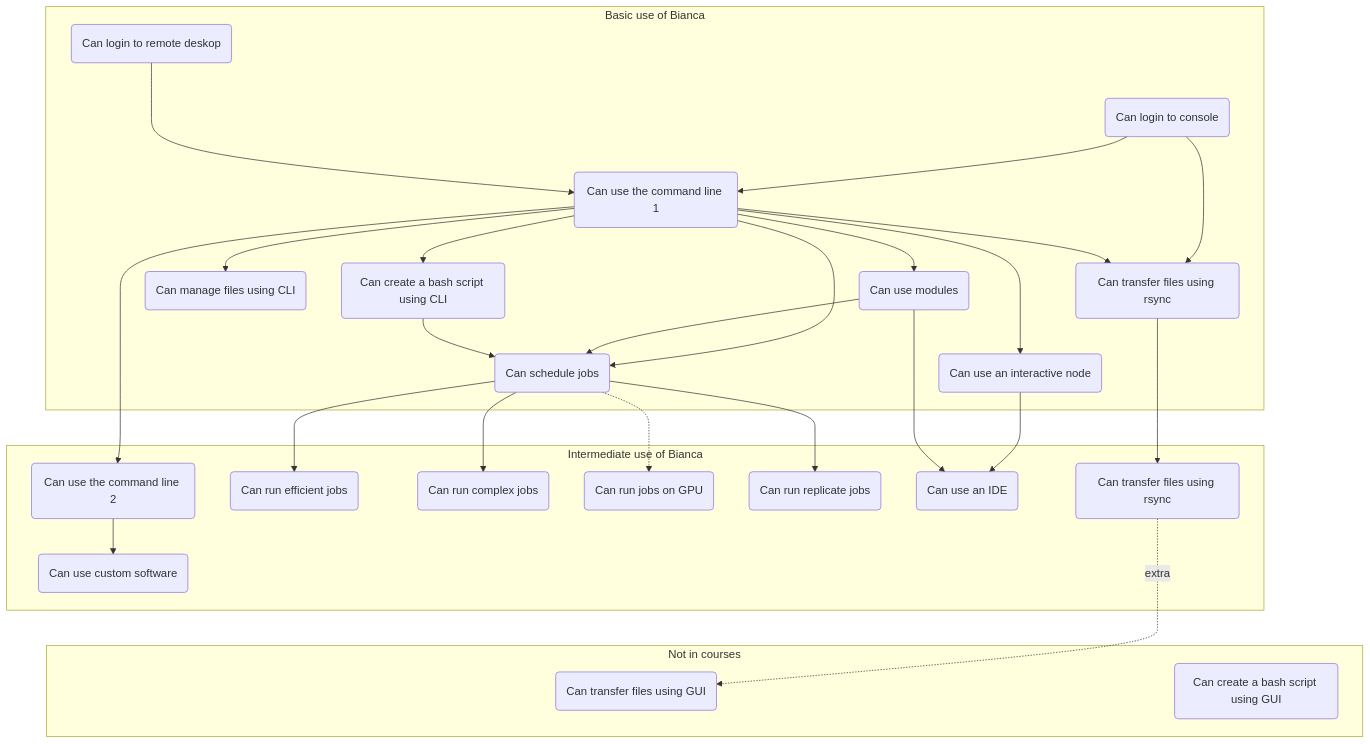
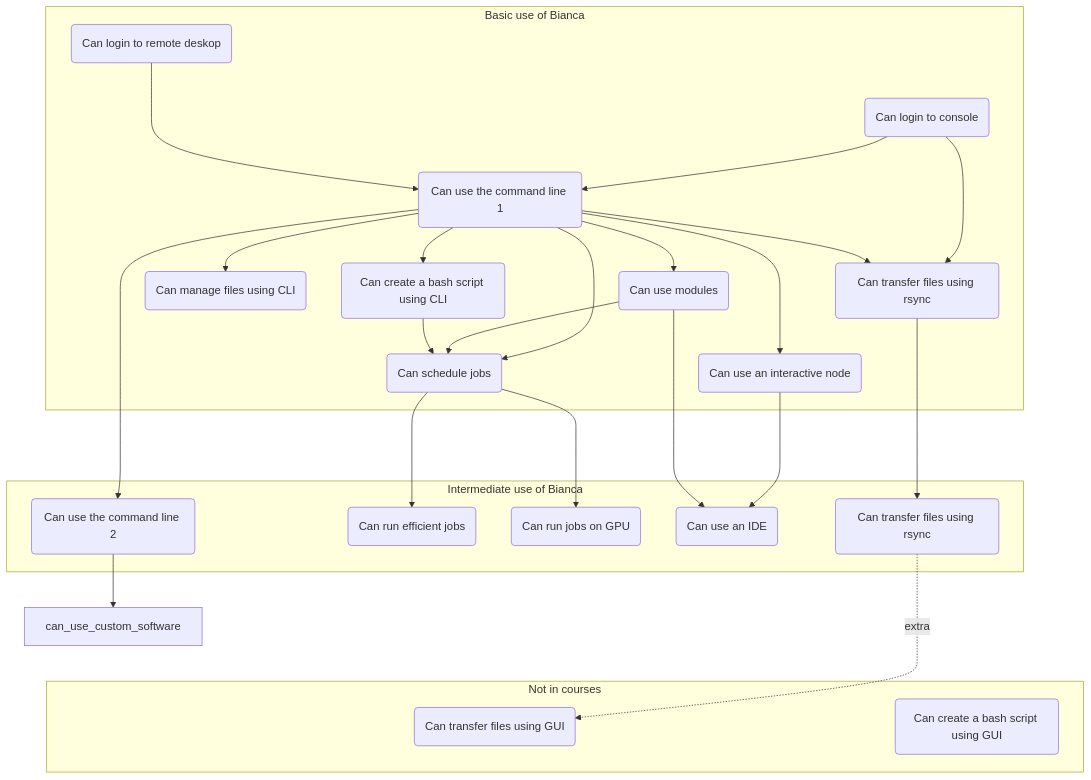
Before and after one commit to UPPMAX/bianca_workshops: the diagram in docs/intermediate/intro.md, drawn with Mermaid.

Commit message:
Update overview

````diff
--- a/docs/intermediate/intro.md
+++ b/docs/intermediate/intro.md
@@ -68,73 +68,68 @@
 ```mermaid
 flowchart TD
 
     subgraph sub_basic_use["Basic use of Bianca"]
       can_login_to_remove_desktop(Can login to remote deskop)
       can_login_to_console(Can login to console)
       can_use_command_line_1(Can use the command line 1)
       can_use_modules(Can use modules)
       can_use_interactive_node(Can use an interactive node)
       can_manage_files_using_cli(Can manage files using CLI)
       can_tranfer_files_using_rsync(Can transfer files using rsync)
       can_schedule_jobs(Can schedule jobs)
       can_create_bash_script_using_cli(Can create a bash script using CLI)
     end
 
     subgraph sub_intermediate_use["Intermediate use of Bianca"]
       can_use_command_line_2(Can use the command line 2)
-      can_use_custom_software(Can use custom software)
       can_run_efficient_jobs(Can run efficient jobs)
-      can_run_complex_jobs(Can run complex jobs)
       can_run_jobs_on_gpu(Can run jobs on GPU)
-      can_run_replicate_jobs(Can run replicate jobs)
       can_use_ide(Can use an IDE)
       can_tranfer_files_using_rsync2(Can transfer files using rsync)
     end
 
     subgraph sub_non_goal["Not in courses"]
       can_tranfer_files_using_gui(Can transfer files using GUI)
       can_create_bash_script_using_gui(Can create a bash script using GUI)
     end
 
 
     %% Basic
     can_login_to_console --> can_tranfer_files_using_rsync
     can_login_to_console --> can_use_command_line_1
     can_login_to_remove_desktop ---> can_use_command_line_1
     can_use_command_line_1 --> can_use_modules
     can_use_command_line_1 --> can_use_interactive_node
     can_use_command_line_1 --> can_use_command_line_2
     can_use_command_line_1 --> can_create_bash_script_using_cli
     can_use_command_line_1 --> can_schedule_jobs
     can_use_command_line_1 --> can_manage_files_using_cli
     can_use_command_line_1 --> can_tranfer_files_using_rsync
     can_use_modules --> can_schedule_jobs
     can_create_bash_script_using_cli --> can_schedule_jobs
 
     %% Basic -> Intermediate
     can_tranfer_files_using_rsync --> can_tranfer_files_using_rsync2
-    can_schedule_jobs --> can_run_complex_jobs
     can_schedule_jobs --> can_run_efficient_jobs
-    can_schedule_jobs --> can_run_replicate_jobs
-    can_schedule_jobs -.-> can_run_jobs_on_gpu
+    can_schedule_jobs ---> can_run_jobs_on_gpu
     can_use_interactive_node --> can_use_ide
     can_use_modules --> can_use_ide
     can_tranfer_files_using_rsync2 -.-> |extra| can_tranfer_files_using_gui
 
     %% Make sure Intermediate is below Basic,
     %% using invisible nodes
     can_schedule_jobs ~~~ can_use_command_line_2
 
     %% Intermediate
     can_use_command_line_2 --> can_use_custom_software
 
     %% Basic -> None
     %% can_login_to_remove_desktop ---> can_tranfer_files_using_gui
     %% can_tranfer_files_using_gui --> can_use_custom_software
     %% can_login_to_remove_desktop ---> can_create_bash_script_using_gui
     %% can_create_bash_script_using_gui --> can_schedule_jobs
 
     %% Make sure Non-goals is below Intermediat,
     %% using invisible nodes
     can_use_custom_software ~~~ can_tranfer_files_using_gui
 ```
````
